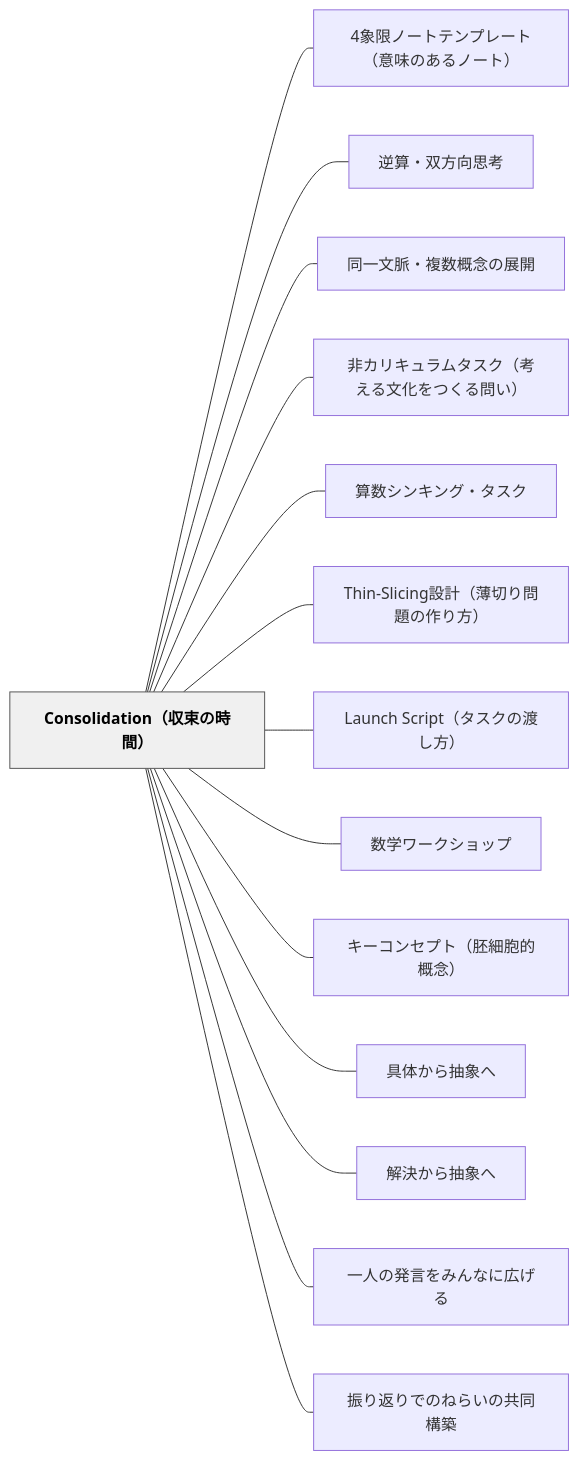
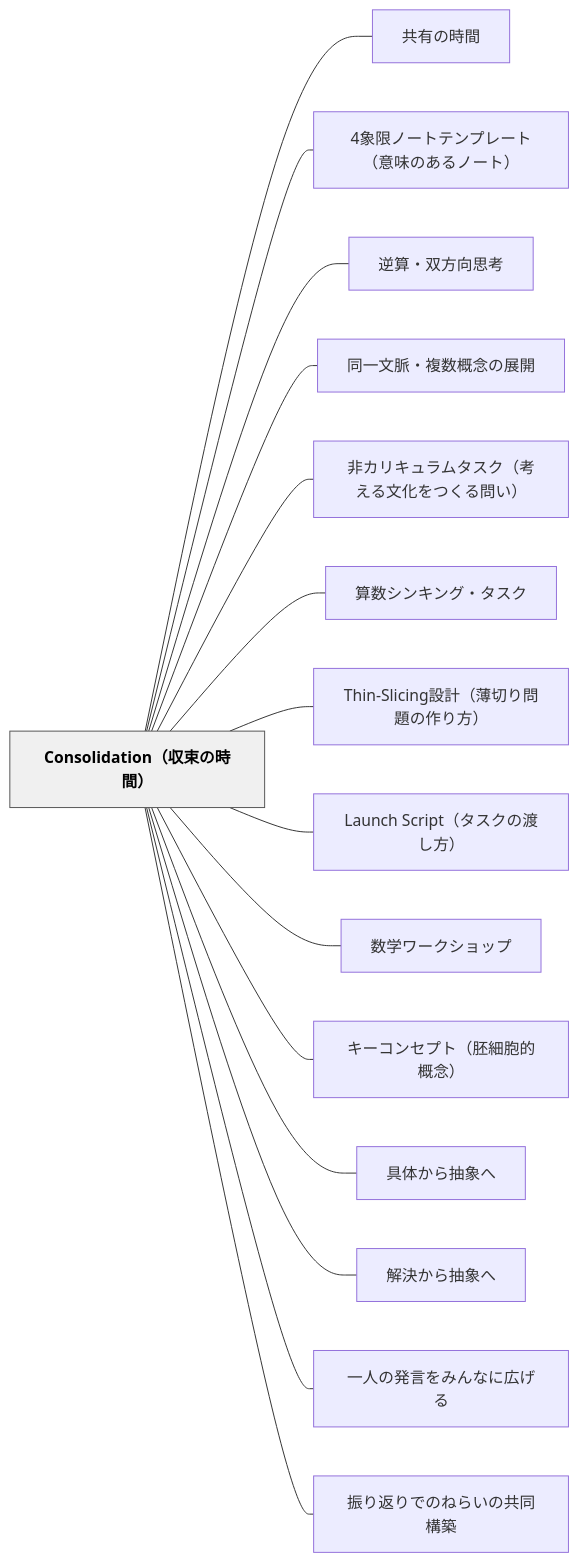
Before and after one commit to unknownthings-ed-patterns/unknownthings-ed-patterns: the diagram in content/パタン/Consolidation（収束の時間）.md, drawn with Mermaid. The commit also changed other lines of this file and 47 other files, not shown here.

````diff
--- a/content/パタン/Consolidation（収束の時間）.md
+++ b/content/パタン/Consolidation（収束の時間）.md
@@ -199,34 +200,36 @@
 ```mermaid
 flowchart LR
     n436f6e736f6c69646174696f6eefbc88e58f8ee69d9fe381aee69982e99693efbc89["Consolidation（収束の時間）"]
+    ne585b1e69c89e381aee69982e99693["共有の時間"]
     n34e8b1a1e99990e3838ee383bce38388e38386e383b3e38397e383ace383bce38388efbc88e6848fe591b3e381aee38182e3828be3838ee383bce38388efbc89["4象限ノートテンプレート（意味のあるノート）"]
     ne98086e7ae97e383bbe58f8ce696b9e59091e6809de88083["逆算・双方向思考"]
     ne5908ce4b880e69687e88488e383bbe8a487e695b0e6a682e5bfb5e381aee5b195e9968b["同一文脈・複数概念の展開"]
     ne99d9ee382abe383aae382ade383a5e383a9e383a0e382bfe382b9e382afefbc88e88083e38188e3828be69687e58c96e38292e381a4e3818fe3828be5958fe38184efbc89["非カリキュラムタスク（考える文化をつくる問い）"]
     ne7ae97e695b0e382b7e383b3e382ade383b3e382b0e383bbe382bfe382b9e382af["算数シンキング・タスク"]
     n5468696e2d536c6963696e67e8a8ade8a888efbc88e89684e58887e3828ae5958fe9a18ce381aee4bd9ce3828ae696b9efbc89["Thin-Slicing設計（薄切り問題の作り方）"]
     n4c61756e636820536372697074efbc88e382bfe382b9e382afe381aee6b8a1e38197e696b9efbc89["Launch Script（タスクの渡し方）"]
     ne695b0e5ada6e383afe383bce382afe382b7e383a7e38383e38397["数学ワークショップ"]
     ne382ade383bce382b3e383b3e382bbe38397e38388efbc88e8839ae7b4b0e8839ee79a84e6a682e5bfb5efbc89["キーコンセプト（胚細胞的概念）"]
     ne585b7e4bd93e3818be38289e68abde8b1a1e381b8["具体から抽象へ"]
     ne8a7a3e6b1bae3818be38289e68abde8b1a1e381b8["解決から抽象へ"]
     ne4b880e4babae381aee799bae8a880e38292e381bfe38293e381aae381abe5ba83e38192e3828b["一人の発言をみんなに広げる"]
     ne68cafe3828ae8bf94e3828ae381a7e381aee381ade38289e38184e381aee585b1e5908ce6a78be7af89["振り返りでのねらいの共同構築"]
 
+    n436f6e736f6c69646174696f6eefbc88e58f8ee69d9fe381aee69982e99693efbc89 --- ne585b1e69c89e381aee69982e99693
     n436f6e736f6c69646174696f6eefbc88e58f8ee69d9fe381aee69982e99693efbc89 --- n34e8b1a1e99990e3838ee383bce38388e38386e383b3e38397e383ace383bce38388efbc88e6848fe591b3e381aee38182e3828be3838ee383bce38388efbc89
     n436f6e736f6c69646174696f6eefbc88e58f8ee69d9fe381aee69982e99693efbc89 --- ne98086e7ae97e383bbe58f8ce696b9e59091e6809de88083
     n436f6e736f6c69646174696f6eefbc88e58f8ee69d9fe381aee69982e99693efbc89 --- ne5908ce4b880e69687e88488e383bbe8a487e695b0e6a682e5bfb5e381aee5b195e9968b
     n436f6e736f6c69646174696f6eefbc88e58f8ee69d9fe381aee69982e99693efbc89 --- ne99d9ee382abe383aae382ade383a5e383a9e383a0e382bfe382b9e382afefbc88e88083e38188e3828be69687e58c96e38292e381a4e3818fe3828be5958fe38184efbc89
     n436f6e736f6c69646174696f6eefbc88e58f8ee69d9fe381aee69982e99693efbc89 --- ne7ae97e695b0e382b7e383b3e382ade383b3e382b0e383bbe382bfe382b9e382af
     n436f6e736f6c69646174696f6eefbc88e58f8ee69d9fe381aee69982e99693efbc89 --- n5468696e2d536c6963696e67e8a8ade8a888efbc88e89684e58887e3828ae5958fe9a18ce381aee4bd9ce3828ae696b9efbc89
     n436f6e736f6c69646174696f6eefbc88e58f8ee69d9fe381aee69982e99693efbc89 --- n4c61756e636820536372697074efbc88e382bfe382b9e382afe381aee6b8a1e38197e696b9efbc89
     n436f6e736f6c69646174696f6eefbc88e58f8ee69d9fe381aee69982e99693efbc89 --- ne695b0e5ada6e383afe383bce382afe382b7e383a7e38383e38397
     n436f6e736f6c69646174696f6eefbc88e58f8ee69d9fe381aee69982e99693efbc89 --- ne382ade383bce382b3e383b3e382bbe38397e38388efbc88e8839ae7b4b0e8839ee79a84e6a682e5bfb5efbc89
     n436f6e736f6c69646174696f6eefbc88e58f8ee69d9fe381aee69982e99693efbc89 --- ne585b7e4bd93e3818be38289e68abde8b1a1e381b8
     n436f6e736f6c69646174696f6eefbc88e58f8ee69d9fe381aee69982e99693efbc89 --- ne8a7a3e6b1bae3818be38289e68abde8b1a1e381b8
     n436f6e736f6c69646174696f6eefbc88e58f8ee69d9fe381aee69982e99693efbc89 --- ne4b880e4babae381aee799bae8a880e38292e381bfe38293e381aae381abe5ba83e38192e3828b
     n436f6e736f6c69646174696f6eefbc88e58f8ee69d9fe381aee69982e99693efbc89 --- ne68cafe3828ae8bf94e3828ae381a7e381aee381ade38289e38184e381aee585b1e5908ce6a78be7af89
 
     classDef hub fill:#f0f0f0,stroke:#555,color:#000,font-weight:bold
     class n436f6e736f6c69646174696f6eefbc88e58f8ee69d9fe381aee69982e99693efbc89 hub
 ```
````
